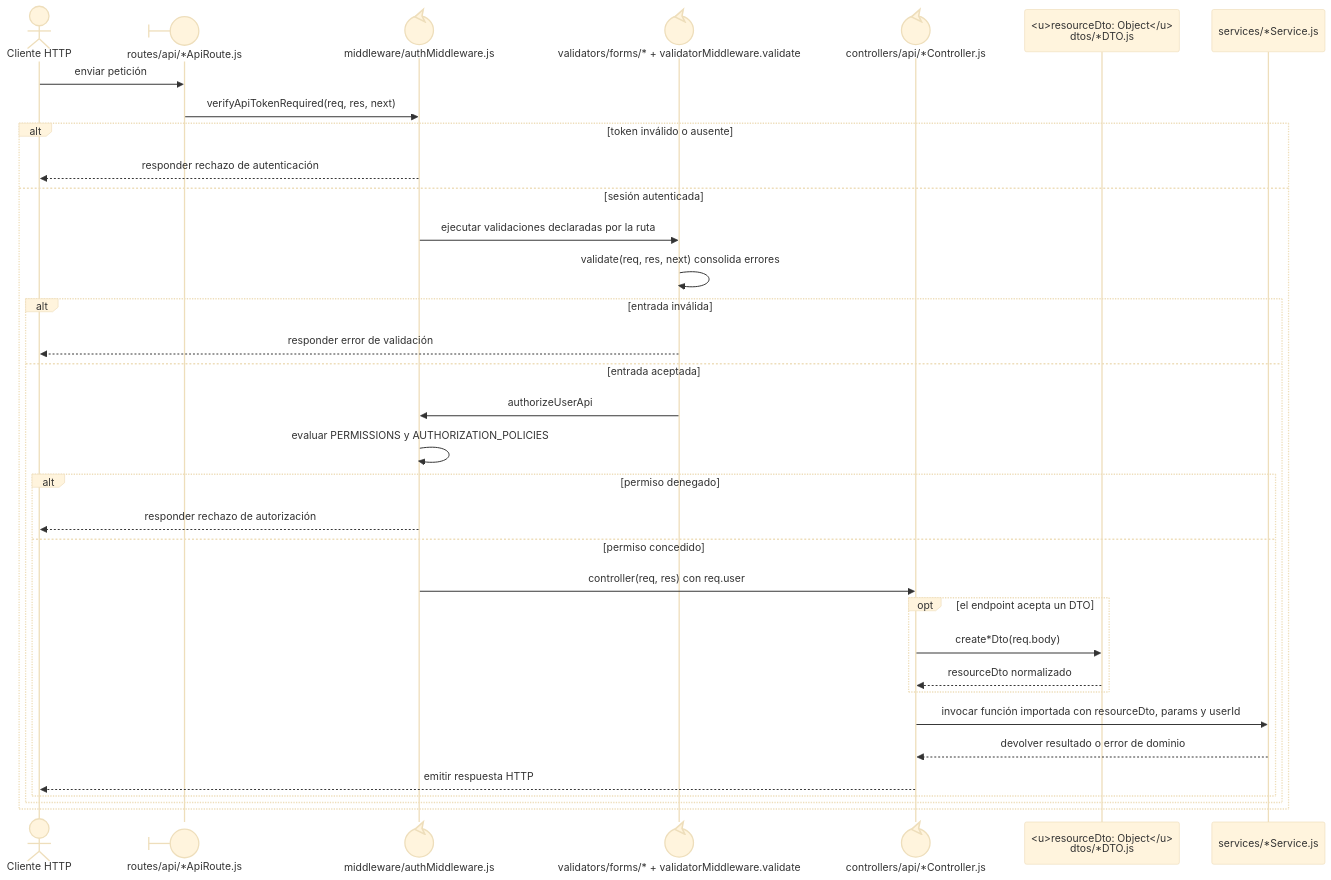
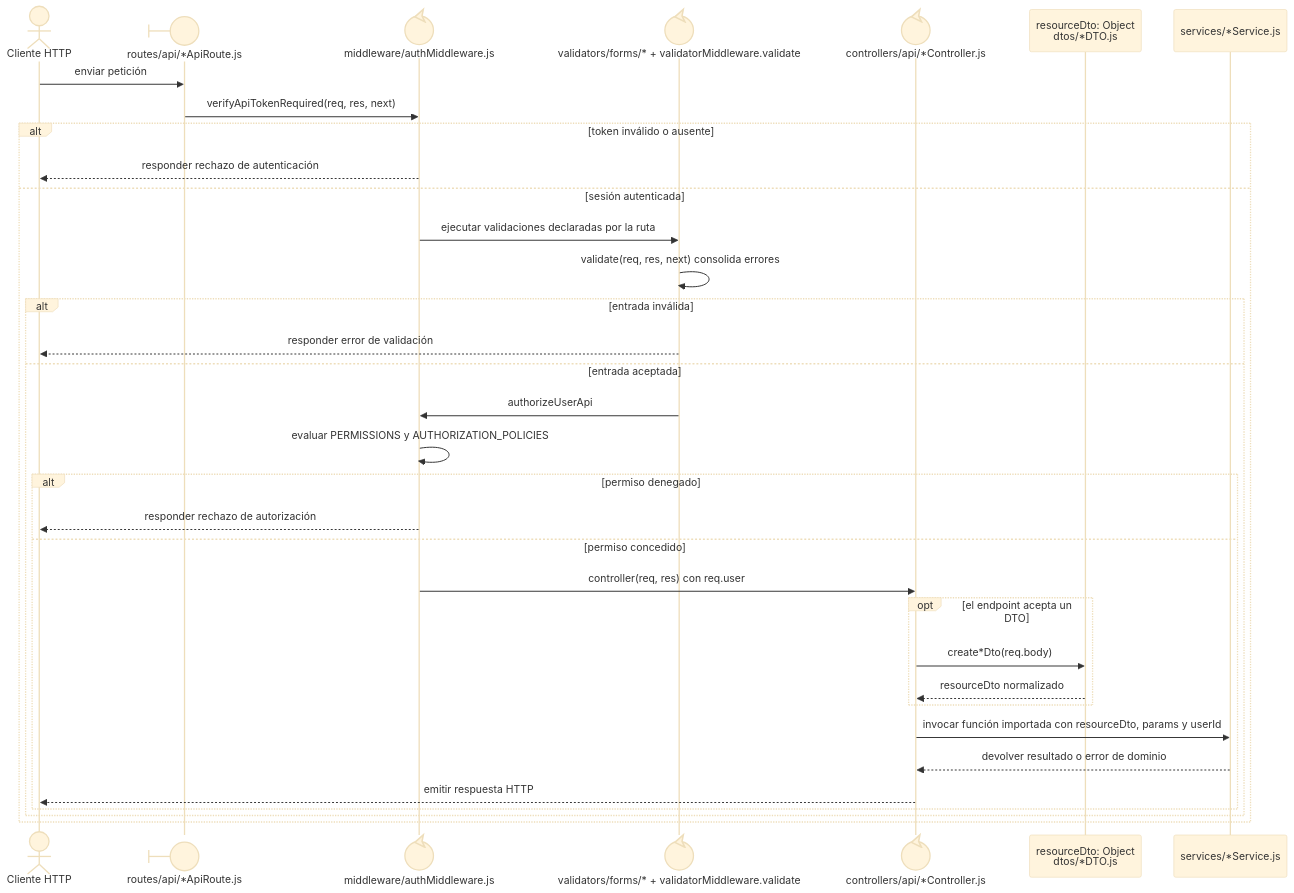
The second of 5 diagrams in docs/architecture/design-and-construction-patterns/04-catalog-visual-of-patterns-applied.md (gpgsistemas01/nexus), drawn with Mermaid (base theme) before and after one commit. The commit also changed 38 other files, not shown here.

````diff
--- a/docs/architecture/design-and-construction-patterns/04-catalog-visual-of-patterns-applied.md
+++ b/docs/architecture/design-and-construction-patterns/04-catalog-visual-of-patterns-applied.md
@@ -37,37 +37,37 @@
 ```mermaid
 sequenceDiagram
     actor Client as Cliente HTTP
     participant Route@{ "type": "boundary" } as routes/api/*ApiRoute.js
     participant Auth@{ "type": "control" } as middleware/authMiddleware.js
     participant Validation@{ "type": "control" } as validators/forms/* + validatorMiddleware.validate
     participant Controller@{ "type": "control" } as controllers/api/*Controller.js
-    participant Dto as <u>resourceDto: Object</u><br/>dtos/*DTO.js
+    participant Dto as resourceDto: Object<br/>dtos/*DTO.js
     participant Service as services/*Service.js
 
     Client->>Route: enviar petición
     Route->>Auth: verifyApiTokenRequired(req, res, next)
     alt token inválido o ausente
         Auth-->>Client: responder rechazo de autenticación
     else sesión autenticada
         Auth->>Validation: ejecutar validaciones declaradas por la ruta
         Validation->>Validation: validate(req, res, next) consolida errores
         alt entrada inválida
             Validation-->>Client: responder error de validación
         else entrada aceptada
             Validation->>Auth: authorizeUserApi
             Auth->>Auth: evaluar PERMISSIONS y AUTHORIZATION_POLICIES
             alt permiso denegado
                 Auth-->>Client: responder rechazo de autorización
             else permiso concedido
                 Auth->>Controller: controller(req, res) con req.user
                 opt el endpoint acepta un DTO
                     Controller->>Dto: create*Dto(req.body)
                     Dto-->>Controller: resourceDto normalizado
                 end
                 Controller->>Service: invocar función importada con resourceDto, params y userId
                 Service-->>Controller: devolver resultado o error de dominio
                 Controller-->>Client: emitir respuesta HTTP
             end
         end
     end
 ```
````
